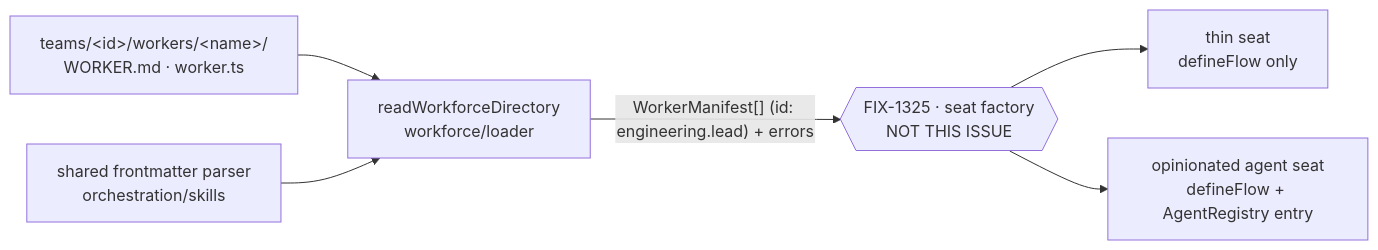
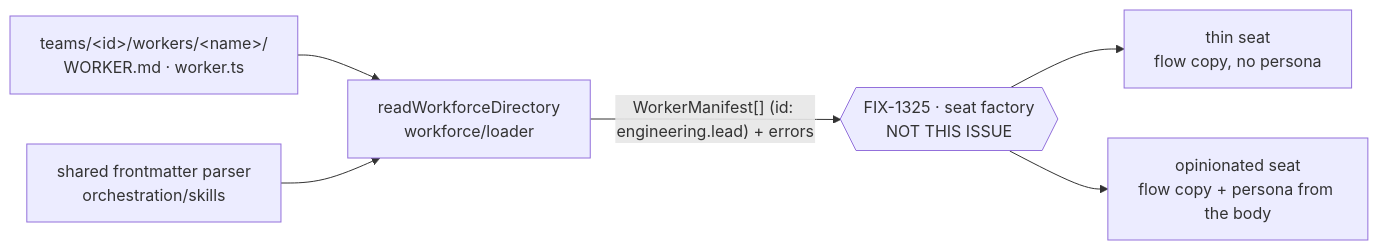
One commit to fixpoint-labs/flow-state-dev changed the diagram in spec/FIX-1335.md. Above: the diagram before and after it, drawn with Mermaid. The commit also changed other lines of this file, not shown here.

````diff
--- a/spec/FIX-1335.md
+++ b/spec/FIX-1335.md
@@ -280,8 +300,8 @@
 ```mermaid
 flowchart LR
   T["teams/&lt;id&gt;/workers/&lt;name&gt;/<br/>WORKER.md · worker.ts"] --> W["readWorkforceDirectory<br/>workforce/loader"]
   F["shared frontmatter parser<br/>orchestration/skills"] --> W
   W -->|"WorkerManifest[] (id: engineering.lead) + errors"| B{{"FIX-1325 · seat factory<br/>NOT THIS ISSUE"}}
-  B --> Thin["thin seat<br/>defineFlow only"]
-  B --> Ag["opinionated agent seat<br/>defineFlow + AgentRegistry entry"]
+  B --> Thin["thin seat<br/>flow copy, no persona"]
+  B --> Ag["opinionated seat<br/>flow copy + persona from the body"]
 ```
````
